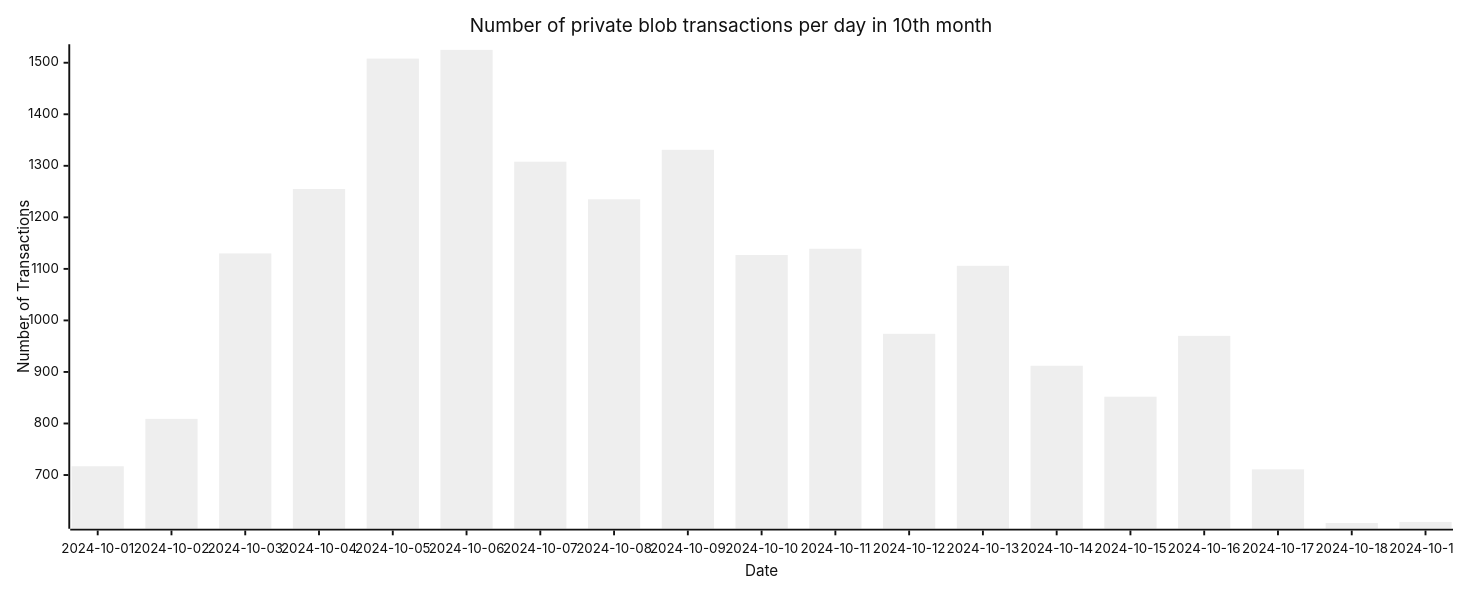
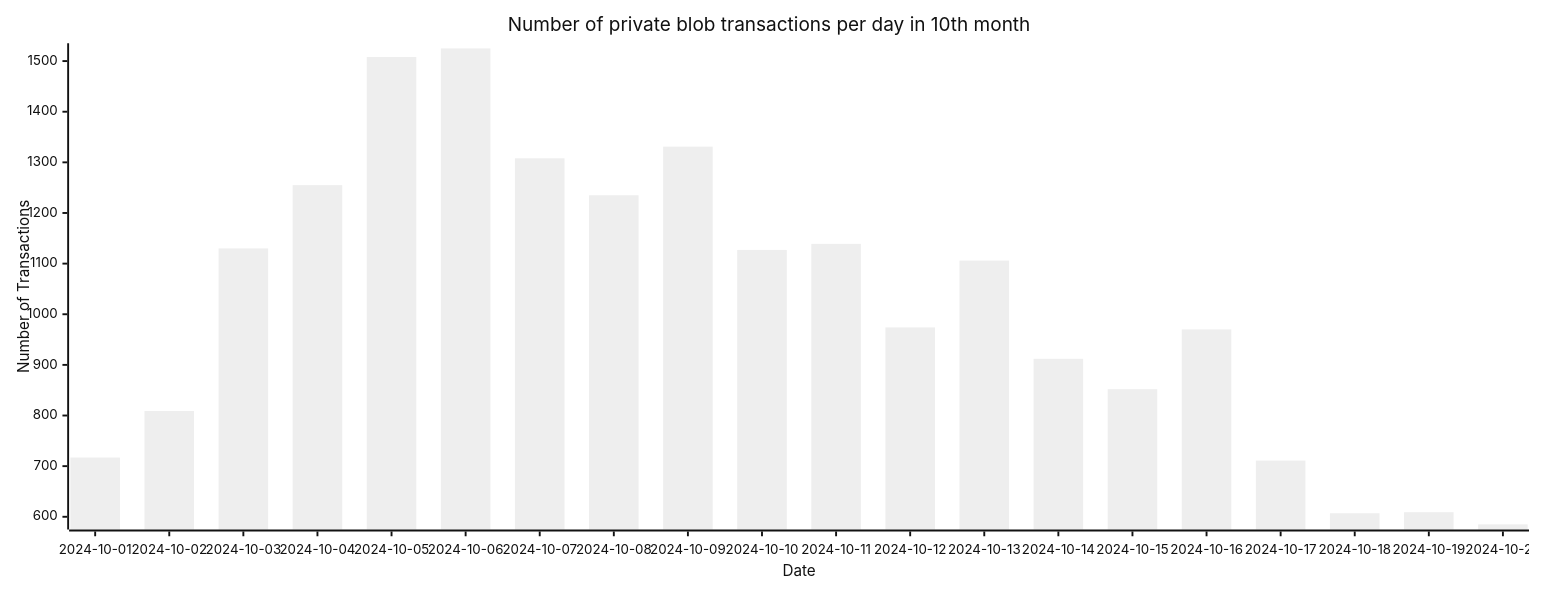
Before and after one commit to Amit0617/eip4844-data: the eighth of 8 diagrams in README.md, drawn with Mermaid (neutral theme). The commit also changed 1 other file, not shown here.

````diff
--- a/README.md
+++ b/README.md
@@ -92,12 +92,12 @@
 ```mermaid
 ---
 config:
     xyChart:
-        width: 1520
+        width: 1600
         height: 600
 ---
 xychart-beta title "Number of private blob transactions per day in 10th month"
-x-axis "Date" [2024-10-01,2024-10-02,2024-10-03,2024-10-04,2024-10-05,2024-10-06,2024-10-07,2024-10-08,2024-10-09,2024-10-10,2024-10-11,2024-10-12,2024-10-13,2024-10-14,2024-10-15,2024-10-16,2024-10-17,2024-10-18,2024-10-19]
+x-axis "Date" [2024-10-01,2024-10-02,2024-10-03,2024-10-04,2024-10-05,2024-10-06,2024-10-07,2024-10-08,2024-10-09,2024-10-10,2024-10-11,2024-10-12,2024-10-13,2024-10-14,2024-10-15,2024-10-16,2024-10-17,2024-10-18,2024-10-19,2024-10-20]
 y-axis "Number of Transactions"
-bar[717,809,1130,1255,1508,1525,1308,1235,1331,1127,1139,974,1106,912,852,970,711,607,609]
+bar[717,809,1130,1255,1508,1525,1308,1235,1331,1127,1139,974,1106,912,852,970,711,607,609,585]
 ```
````
